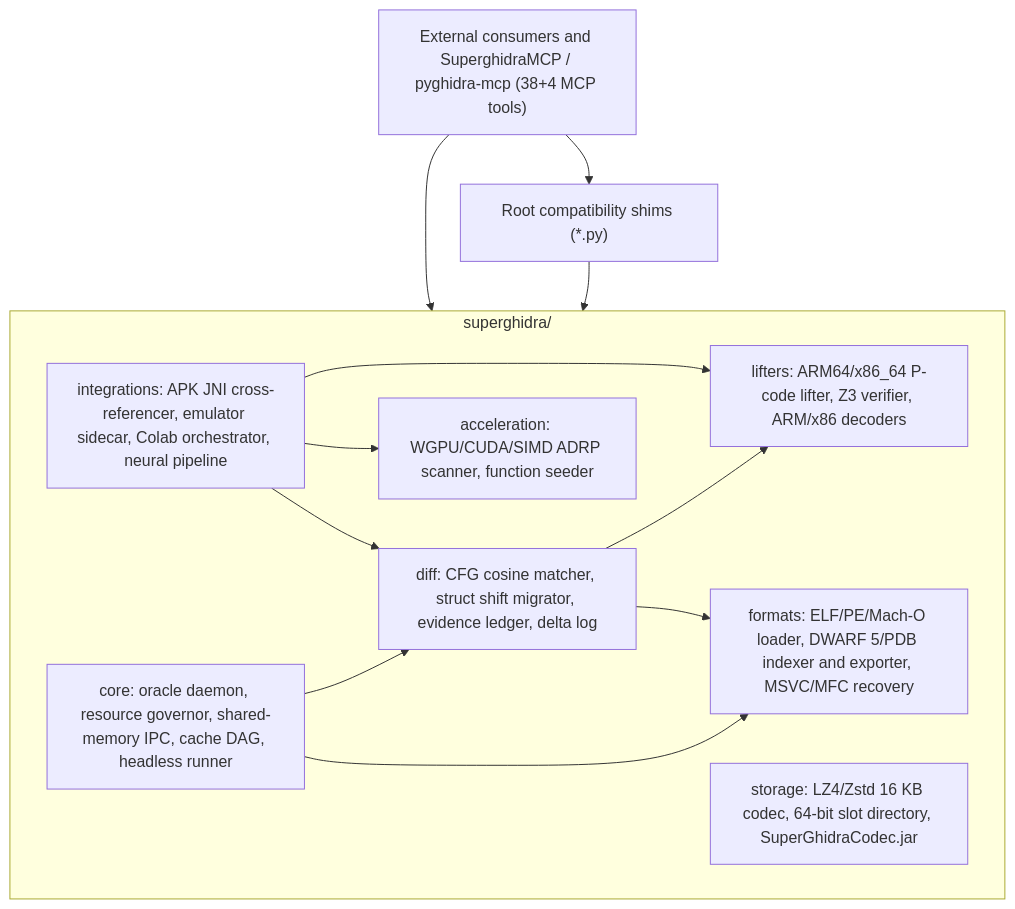
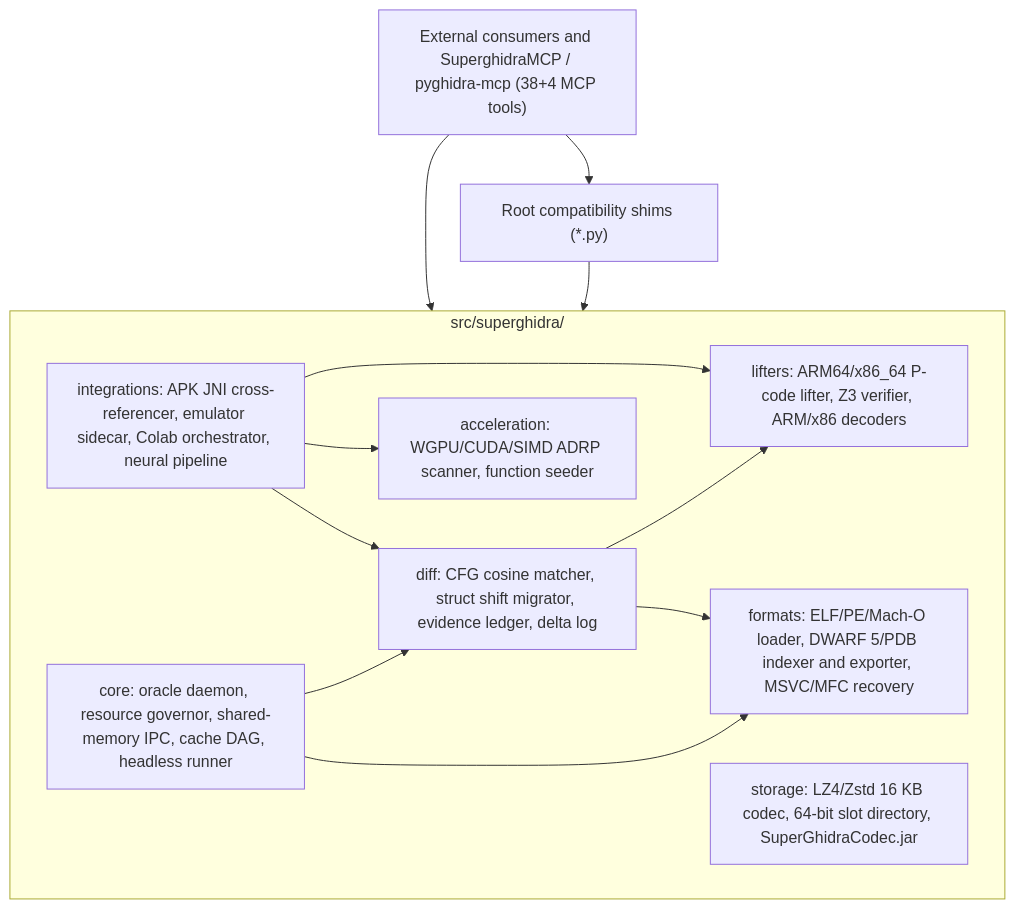
One commit to yuatemycat/SuperGhidra changed the diagram in ARCHITECTURE.md. Above: the diagram before and after it, drawn with Mermaid. The commit also changed other lines of this file and 71 other files, not shown here.

````diff
--- a/ARCHITECTURE.md
+++ b/ARCHITECTURE.md
@@ -7,24 +7,24 @@
 ```mermaid
 flowchart TD
     MCP["External consumers and SuperghidraMCP / pyghidra-mcp (38+4 MCP tools)"] --> Shims["Root compatibility shims (*.py)"]
     MCP --> Canonical["Canonical package (superghidra.*)"]
     Shims --> Canonical
 
-    subgraph Canonical["superghidra/"]
+    subgraph Canonical["src/superghidra/"]
         Core["core: oracle daemon, resource governor, shared-memory IPC, cache DAG, headless runner"]
         Storage["storage: LZ4/Zstd 16 KB codec, 64-bit slot directory, SuperGhidraCodec.jar"]
         Accel["acceleration: WGPU/CUDA/SIMD ADRP scanner, function seeder"]
         Diff["diff: CFG cosine matcher, struct shift migrator, evidence ledger, delta log"]
         Lifters["lifters: ARM64/x86_64 P-code lifter, Z3 verifier, ARM/x86 decoders"]
         Formats["formats: ELF/PE/Mach-O loader, DWARF 5/PDB indexer and exporter, MSVC/MFC recovery"]
         Integ["integrations: APK JNI cross-referencer, emulator sidecar, Colab orchestrator, neural pipeline"]
     end
 
     Integ --> Diff
     Integ --> Lifters
     Integ --> Accel
     Diff --> Lifters
     Diff --> Formats
     Core --> Formats
     Core --> Diff
 ```
````
